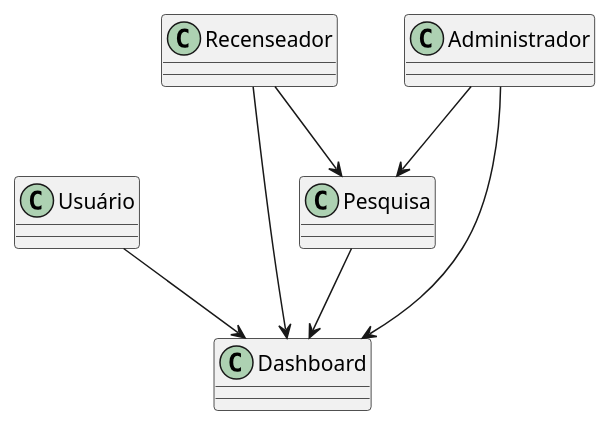
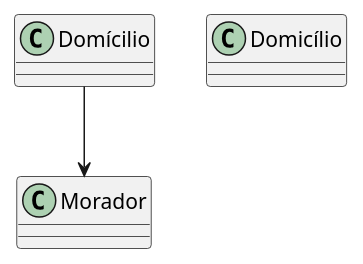
Before and after one commit to Projetos-de-Extensao/PBE_25.1_8002_QuarterBackers: the diagram in docs/assets/Diagrama_de_Classes/diagrama.puml, drawn with PlantUML. The commit also changed 26 other files, not shown here.

```diff
--- a/docs/assets/Diagrama_de_Classes/diagrama.puml
+++ b/docs/assets/Diagrama_de_Classes/diagrama.puml
@@ -1,25 +1,13 @@
 @startuml diagrama_de_classes
 
-class Usuário {
+class Morador {
+    
 }
 
-class Recenseador {
+class Domicílio {
+
 }
 
-class Administrador {
-}
-
-class Pesquisa {
-}
-
-class Dashboard {
-}
-
-Usuário  -->  Dashboard
-Pesquisa --> Dashboard
-Administrador --> Pesquisa
-Recenseador --> Pesquisa
-Recenseador --> Dashboard
-Administrador --> Dashboard
+Domícilio --> Morador
 
 @enduml
```
